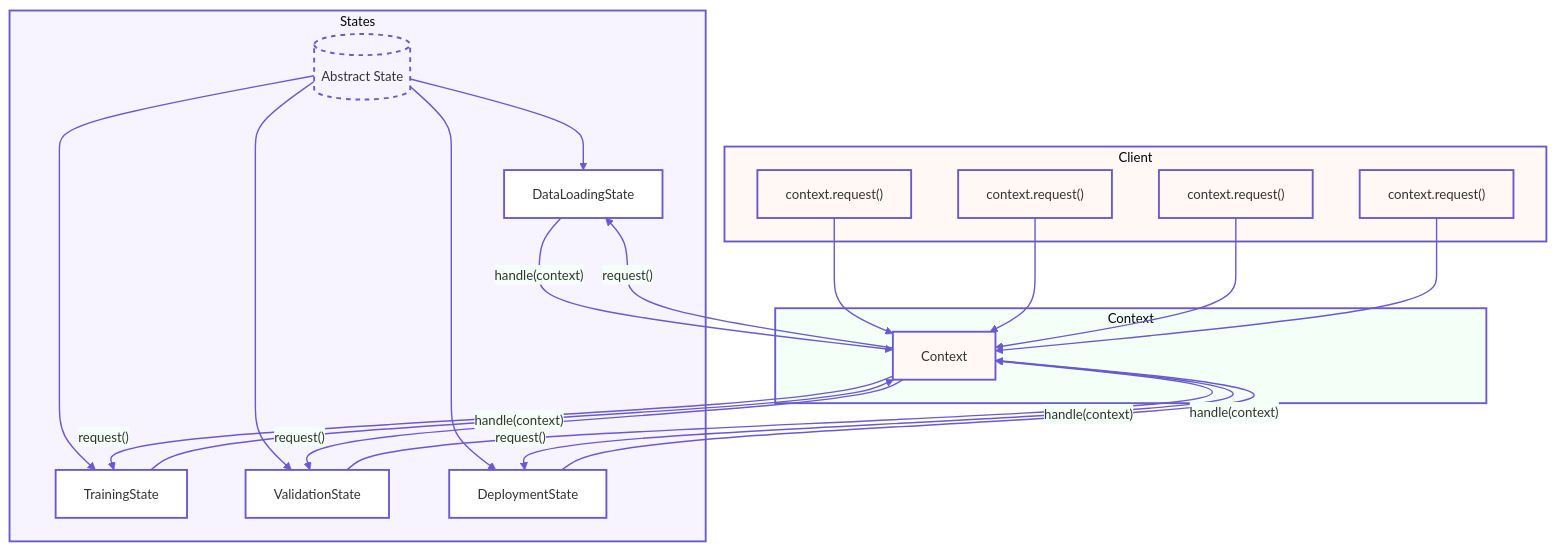
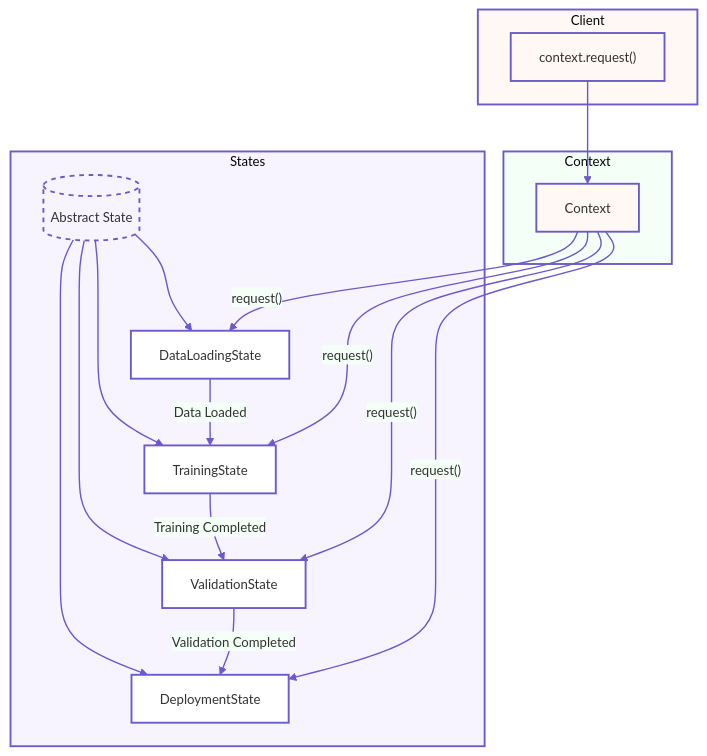
The diagram in src/mermaid/11_state.mmd (arunpshankar/Python-Design-Patterns-for-AI), drawn with Mermaid before and after one commit.

```diff
--- a/src/mermaid/11_state.mmd
+++ b/src/mermaid/11_state.mmd
@@ -1,63 +1,56 @@
 %%{init: {'theme': 'base', 'themeVariables': {
     'primaryColor': '#f8f4ff',
     'secondaryColor': '#f4fff8',
     'tertiaryColor': '#fff8f4',
     'mainBkg': '#ffffff',
     'nodeBorder': '#6a5acd',
     'clusterBkg': '#fafafa',
     'clusterBorder': '#6a5acd',
     'lineColor': '#6a5acd',
     'fontFamily': 'Helvetica, Arial, sans-serif',
     'fontSize': '14px'
 }}}%%
 
 flowchart TB
     subgraph States
         style States fill:#f8f4ff,stroke:#6a5acd,stroke-width:2px
         State[("Abstract State")]
         DLS["DataLoadingState"]
         TS["TrainingState"]
         VS["ValidationState"]
         DS["DeploymentState"]
         State --> DLS
         State --> TS
         State --> VS
         State --> DS
     end
 
     subgraph Context
         style Context fill:#f4fff8,stroke:#6a5acd,stroke-width:2px
         CT["Context"]
-        DLS -->|"handle(context)"| CT
-        TS -->|"handle(context)"| CT
-        VS -->|"handle(context)"| CT
-        DS -->|"handle(context)"| CT
+        DLS -->|"Data Loaded"| TS
+        TS -->|"Training Completed"| VS
+        VS -->|"Validation Completed"| DS
     end
     
     CT -->|"request()"| DLS
     CT -->|"request()"| TS
     CT -->|"request()"| VS
     CT -->|"request()"| DS
 
     subgraph Client
         style Client fill:#fff8f4,stroke:#6a5acd,stroke-width:2px
-        ClientCall1["context.request()"]
-        ClientCall2["context.request()"]
-        ClientCall3["context.request()"]
-        ClientCall4["context.request()"]
-        ClientCall1 --> CT
-        ClientCall2 --> CT
-        ClientCall3 --> CT
-        ClientCall4 --> CT
+        ClientCall["context.request()"]
+        ClientCall --> CT
     end
 
     classDef abstract fill:#f8f4ff,stroke:#6a5acd,stroke-width:2px,stroke-dasharray: 5 5
     classDef concrete fill:#ffffff,stroke:#6a5acd,stroke-width:2px
     classDef process fill:#fff8f4,stroke:#6a5acd,stroke-width:2px
 
     class State abstract
     class DLS,TS,VS,DS concrete
     class CT process
-    class ClientCall1,ClientCall2,ClientCall3,ClientCall4 process
+    class ClientCall process
 
     linkStyle default stroke:#6a5acd,stroke-width:1.5px
```
